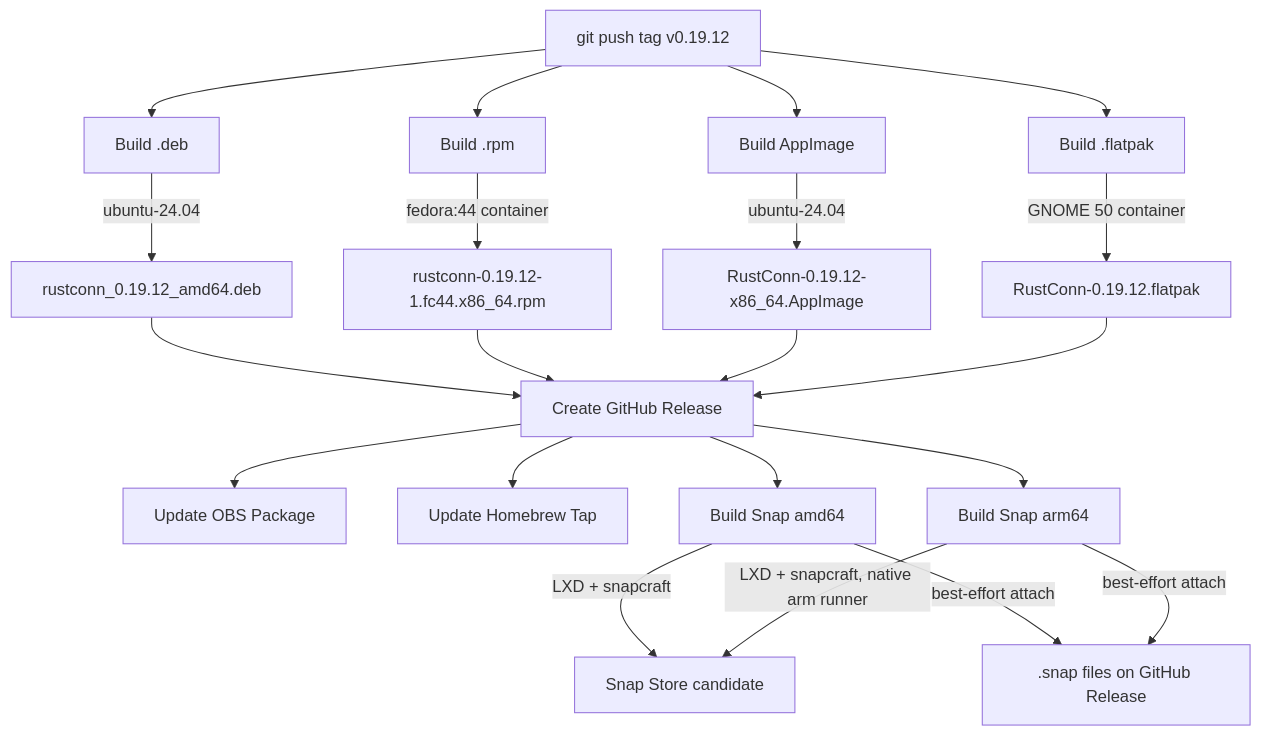
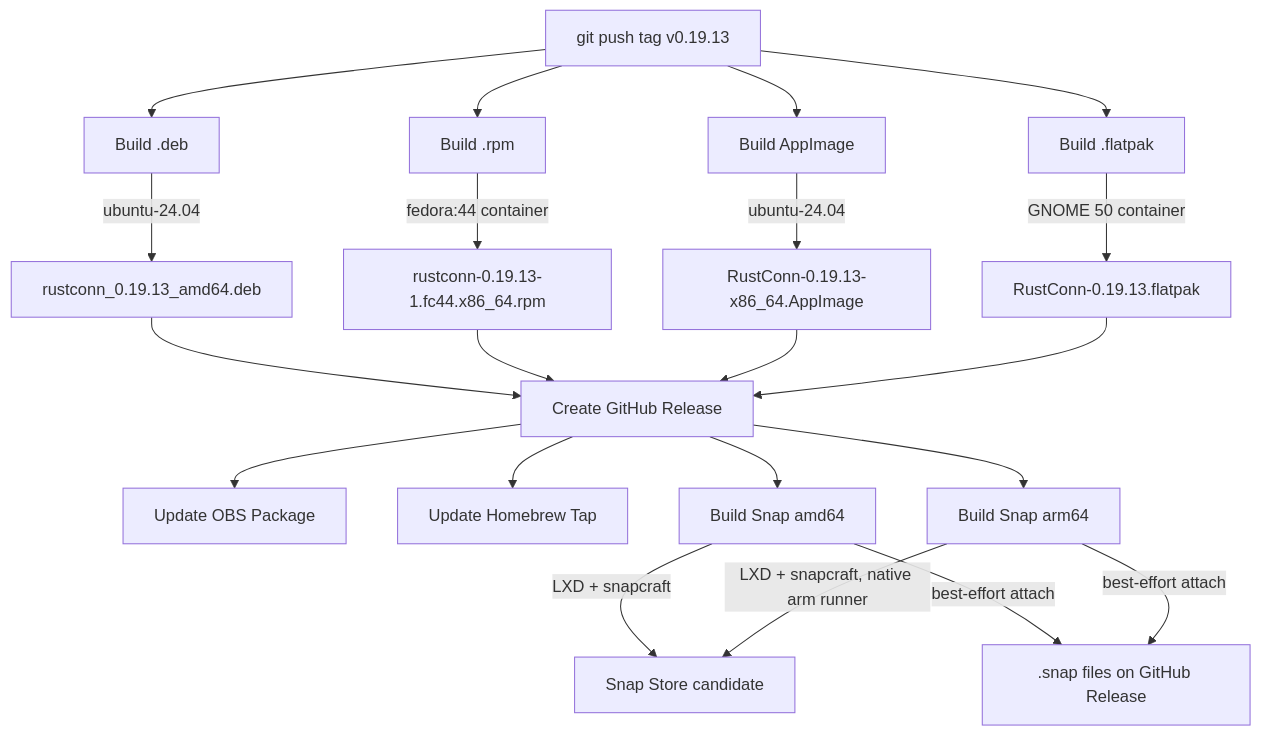
The third of 6 diagrams in docs/CI_BUILD_FLOW.md (philclifford/RustConn), drawn with Mermaid before and after one commit. The commit also changed other lines of this file and 45 other files, not shown here.

````diff
--- a/docs/CI_BUILD_FLOW.md
+++ b/docs/CI_BUILD_FLOW.md
@@ -67,26 +67,26 @@
 ```mermaid
 graph TD
-    Tag[git push tag v0.19.12] --> BuildDeb[Build .deb]
+    Tag[git push tag v0.19.13] --> BuildDeb[Build .deb]
     Tag --> BuildRPM[Build .rpm]
     Tag --> BuildAppImage[Build AppImage]
     Tag --> BuildFlatpak[Build .flatpak]
 
-    BuildDeb --> |ubuntu-24.04| DebArtifact[rustconn_0.19.12_amd64.deb]
-    BuildRPM --> |fedora:44 container| RPMArtifact[rustconn-0.19.12-1.fc44.x86_64.rpm]
-    BuildAppImage --> |ubuntu-24.04| AppImageArtifact[RustConn-0.19.12-x86_64.AppImage]
-    BuildFlatpak --> |GNOME 50 container| FlatpakArtifact[RustConn-0.19.12.flatpak]
+    BuildDeb --> |ubuntu-24.04| DebArtifact[rustconn_0.19.13_amd64.deb]
+    BuildRPM --> |fedora:44 container| RPMArtifact[rustconn-0.19.13-1.fc44.x86_64.rpm]
+    BuildAppImage --> |ubuntu-24.04| AppImageArtifact[RustConn-0.19.13-x86_64.AppImage]
+    BuildFlatpak --> |GNOME 50 container| FlatpakArtifact[RustConn-0.19.13.flatpak]
 
     DebArtifact --> Release[Create GitHub Release]
     RPMArtifact --> Release
     AppImageArtifact --> Release
     FlatpakArtifact --> Release
 
     Release --> UpdateOBS[Update OBS Package]
     Release --> Brew[Update Homebrew Tap]
     Release --> SnapAmd64[Build Snap amd64]
     Release --> SnapArm64[Build Snap arm64]
     SnapAmd64 --> |LXD + snapcraft| SnapStore[Snap Store candidate]
     SnapArm64 --> |LXD + snapcraft, native arm runner| SnapStore
     SnapAmd64 --> |best-effort attach| SnapAsset[.snap files on GitHub Release]
     SnapArm64 --> |best-effort attach| SnapAsset
 ```
````
